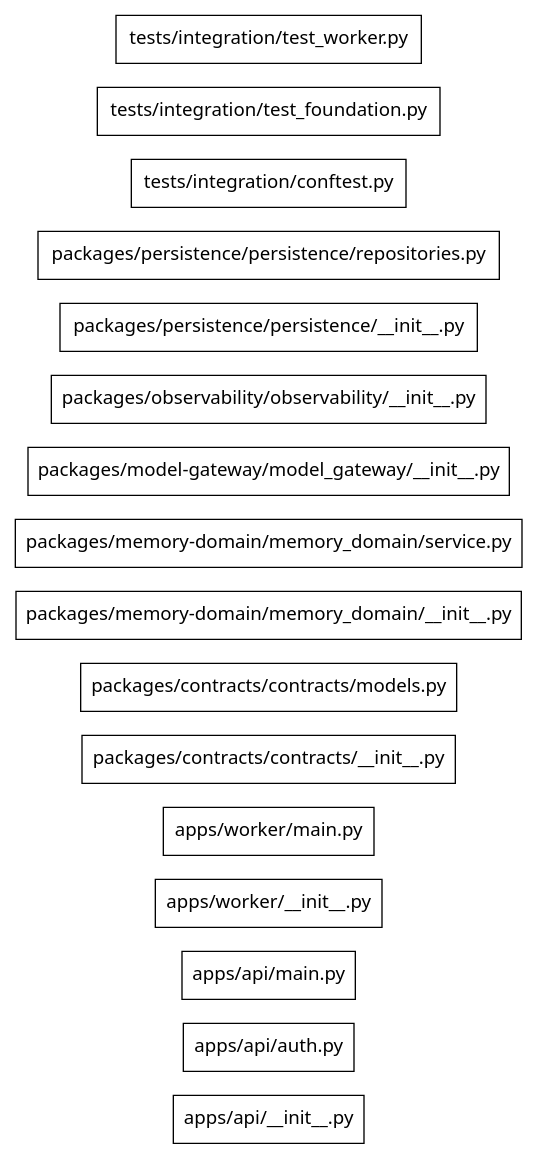
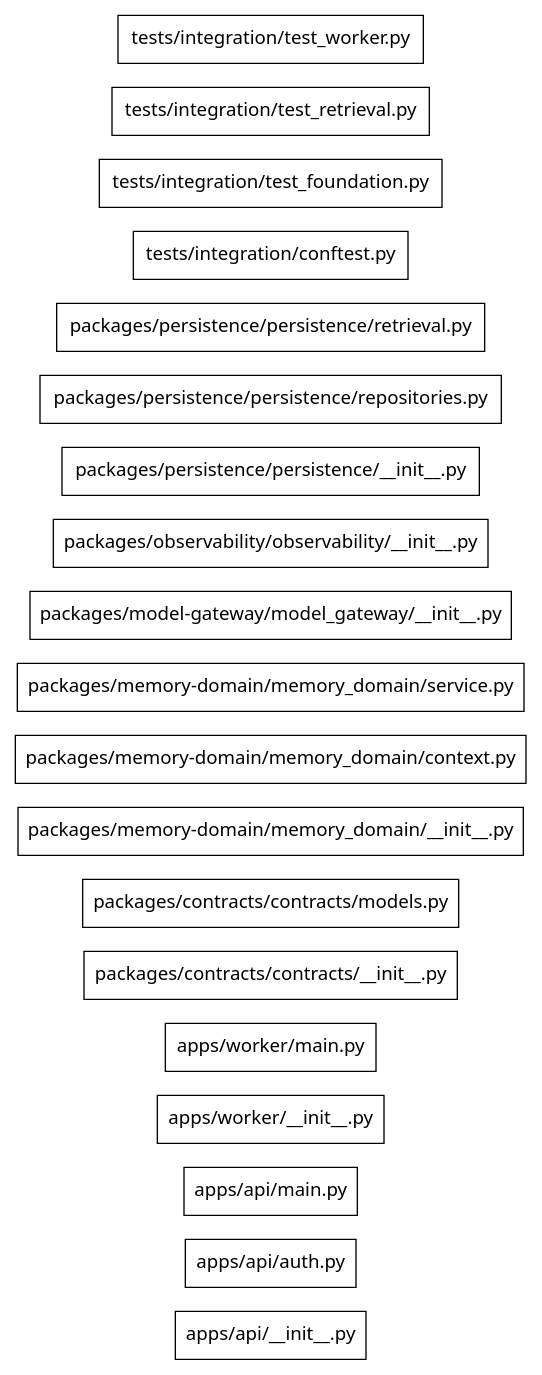
One commit to Samyak-jain7/agent-memory changed the diagram in .genesis/index/graph.dot. Above: the diagram before and after it, drawn with Graphviz. The commit also changed 19 other files, not shown here.

Commit message:
Add tenant-scoped hybrid retrieval and bounded cited context

```diff
--- a/.genesis/index/graph.dot
+++ b/.genesis/index/graph.dot
@@ -1,21 +1,24 @@
 digraph genesis {
   rankdir=LR;
   node [shape=box,fontname="system-ui"];
   "file:apps/api/__init__.py" [label="apps/api/__init__.py",class="file"];
   "file:apps/api/auth.py" [label="apps/api/auth.py",class="file"];
   "file:apps/api/main.py" [label="apps/api/main.py",class="file"];
   "file:apps/worker/__init__.py" [label="apps/worker/__init__.py",class="file"];
   "file:apps/worker/main.py" [label="apps/worker/main.py",class="file"];
   "file:packages/contracts/contracts/__init__.py" [label="packages/contracts/contracts/__init__.py",class="file"];
   "file:packages/contracts/contracts/models.py" [label="packages/contracts/contracts/models.py",class="file"];
   "file:packages/memory-domain/memory_domain/__init__.py" [label="packages/memory-domain/memory_domain/__init__.py",class="file"];
+  "file:packages/memory-domain/memory_domain/context.py" [label="packages/memory-domain/memory_domain/context.py",class="file"];
   "file:packages/memory-domain/memory_domain/service.py" [label="packages/memory-domain/memory_domain/service.py",class="file"];
   "file:packages/model-gateway/model_gateway/__init__.py" [label="packages/model-gateway/model_gateway/__init__.py",class="file"];
   "file:packages/observability/observability/__init__.py" [label="packages/observability/observability/__init__.py",class="file"];
   "file:packages/persistence/persistence/__init__.py" [label="packages/persistence/persistence/__init__.py",class="file"];
   "file:packages/persistence/persistence/repositories.py" [label="packages/persistence/persistence/repositories.py",class="file"];
+  "file:packages/persistence/persistence/retrieval.py" [label="packages/persistence/persistence/retrieval.py",class="file"];
   "file:tests/integration/conftest.py" [label="tests/integration/conftest.py",class="file"];
   "file:tests/integration/test_foundation.py" [label="tests/integration/test_foundation.py",class="file"];
+  "file:tests/integration/test_retrieval.py" [label="tests/integration/test_retrieval.py",class="file"];
   "file:tests/integration/test_worker.py" [label="tests/integration/test_worker.py",class="file"];
 
 }
```
